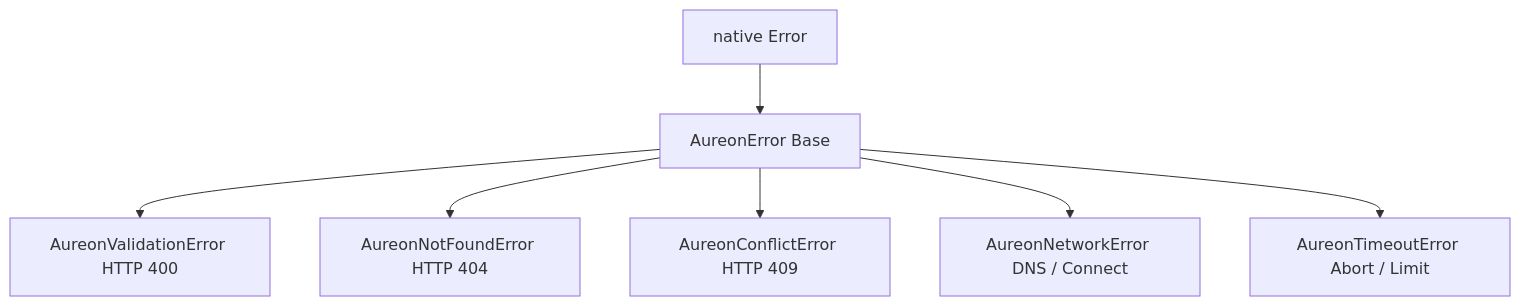
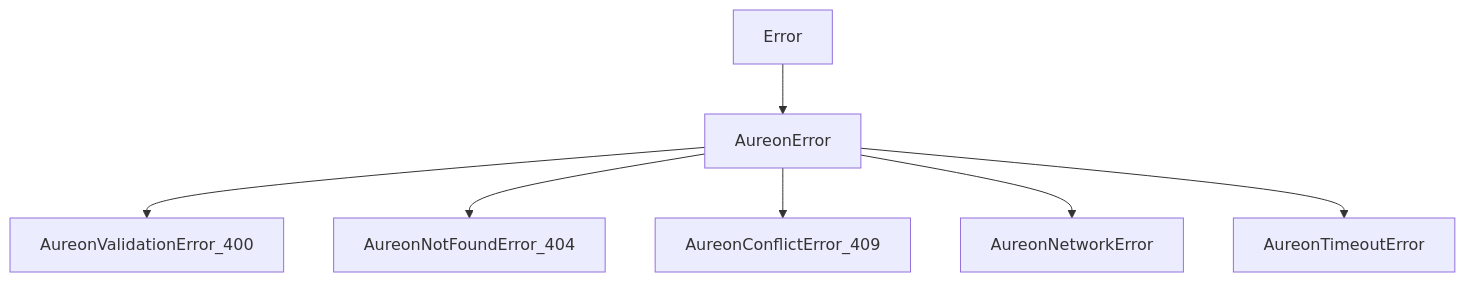
Before and after one commit to buildaureon/aureon-sdk: the first of 2 diagrams in docs/error-model.md, drawn with Mermaid. The commit also changed other lines of this file, not shown here.

Commit message:
docs: condense error model prose while preserving full code reference

````diff
--- a/docs/error-model.md
+++ b/docs/error-model.md
@@ -11,9 +13,9 @@
 ```mermaid
 graph TD
-  Error[native Error] --> AureonError[AureonError Base]
-  AureonError --> AureonValidationError[AureonValidationError HTTP 400]
-  AureonError --> AureonNotFoundError[AureonNotFoundError HTTP 404]
-  AureonError --> AureonConflictError[AureonConflictError HTTP 409]
-  AureonError --> AureonNetworkError[AureonNetworkError DNS / Connect]
-  AureonError --> AureonTimeoutError[AureonTimeoutError Abort / Limit]
+  Native[Error] --> Base[AureonError]
+  Base --> Val[AureonValidationError_400]
+  Base --> NotFound[AureonNotFoundError_404]
+  Base --> Conflict[AureonConflictError_409]
+  Base --> Net[AureonNetworkError]
+  Base --> Timeout[AureonTimeoutError]
 ```
````
